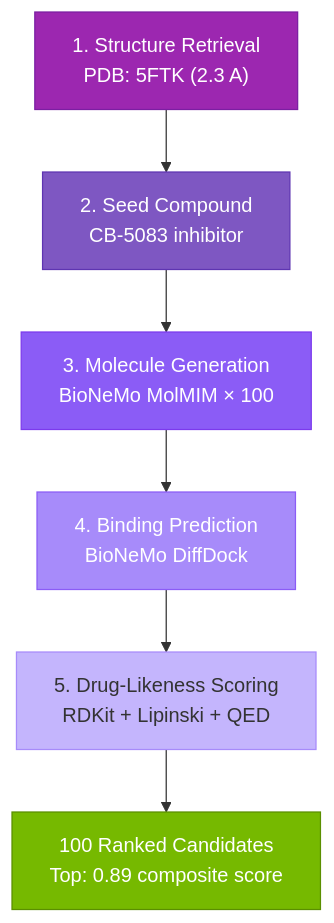
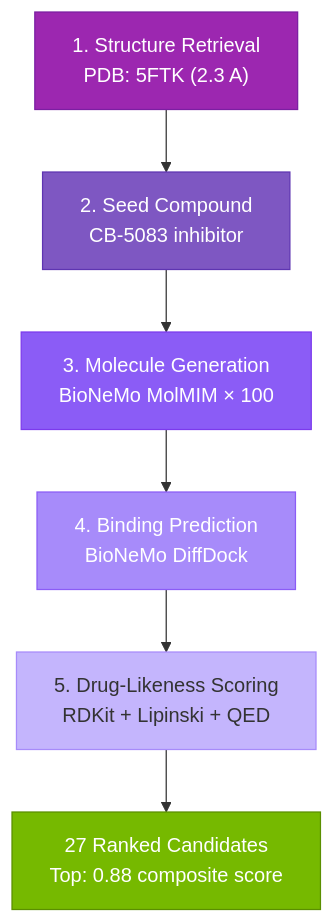
Before and after one commit to ajones1923/hcls-ai-factory: the first of 2 diagrams in docs/stage-3-drug-discovery.md, drawn with Mermaid. The commit also changed other lines of this file and 9 other files, not shown here.

````diff
--- a/docs/stage-3-drug-discovery.md
+++ b/docs/stage-3-drug-discovery.md
@@ -42,18 +42,18 @@
 ```mermaid
 flowchart TD
     S1["1. Structure Retrieval\nPDB: 5FTK (2.3 A)"]
     S2["2. Seed Compound\nCB-5083 inhibitor"]
     S3["3. Molecule Generation\nBioNeMo MolMIM × 100"]
     S4["4. Binding Prediction\nBioNeMo DiffDock"]
     S5["5. Drug-Likeness Scoring\nRDKit + Lipinski + QED"]
-    OUT["100 Ranked Candidates\nTop: 0.89 composite score"]
+    OUT["27 Ranked Candidates\nTop: 0.88 composite score"]
 
     S1 --> S2 --> S3 --> S4 --> S5 --> OUT
 
     style S1 fill:#9c27b0,stroke:#7b1fa2,color:#fff
     style S2 fill:#7e57c2,stroke:#5e35b1,color:#fff
     style S3 fill:#8b5cf6,stroke:#7c3aed,color:#fff
     style S4 fill:#a78bfa,stroke:#8b5cf6,color:#fff
     style S5 fill:#c4b5fd,stroke:#a78bfa
     style OUT fill:#76B900,stroke:#5a8f00,color:#fff
 ```
````
